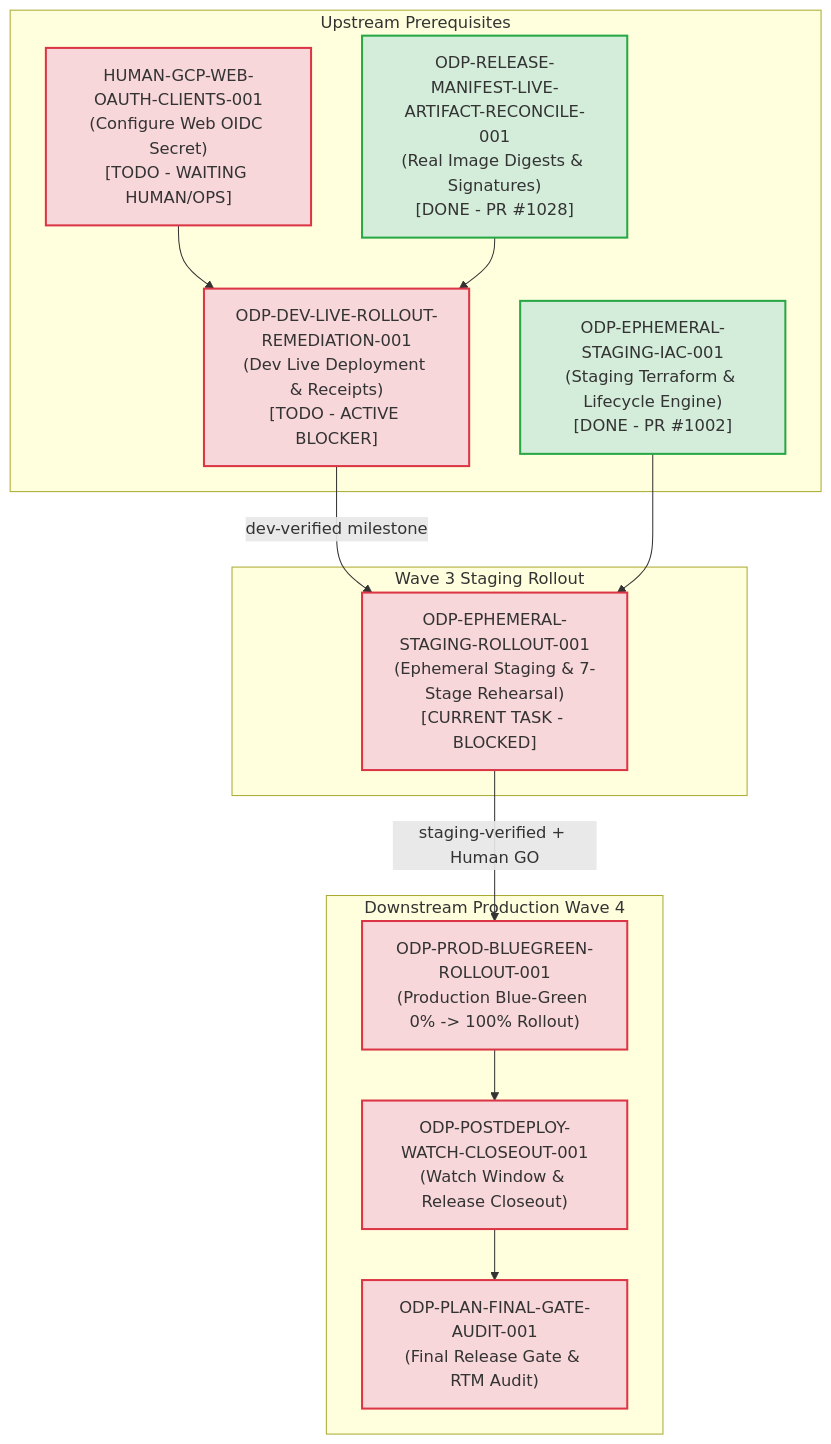
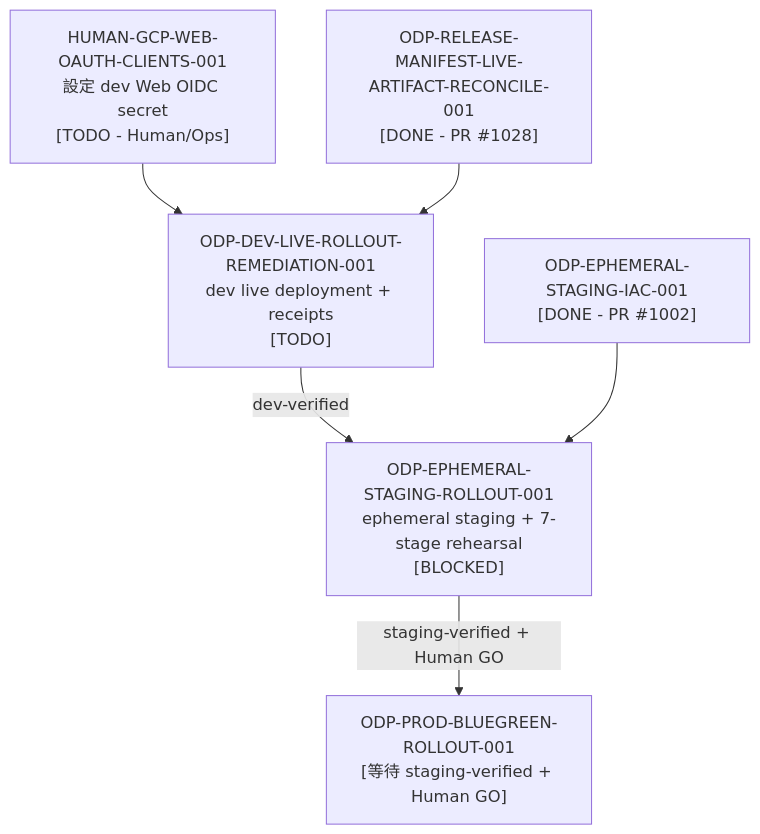
One commit to alfloop-dev/odayplus changed the diagram in support/sidecars/ODP-EPHEMERAL-STAGING-ROLLOUT-001/ODP-EPHEMERAL-STAGING-ROLLOUT-001-SIDECAR-BLOCKED-TASK-DIAGNOSTICS.md. Above: the diagram before and after it, drawn with Mermaid. The commit also changed other lines of this file, not shown here.

First line of the commit message:
ODP-EPHEMERAL-STAGING-ROLLOUT-001-SIDECAR-BLOCKED-TASK-DIAGNOSTICS: fix

````diff
--- a/support/sidecars/ODP-EPHEMERAL-STAGING-ROLLOUT-001/ODP-EPHEMERAL-STAGING-ROLLOUT-001-SIDECAR-BLOCKED-TASK-DIAGNOSTICS.md
+++ b/support/sidecars/ODP-EPHEMERAL-STAGING-ROLLOUT-001/ODP-EPHEMERAL-STAGING-ROLLOUT-001-SIDECAR-BLOCKED-TASK-DIAGNOSTICS.md
@@ -164,35 +68,15 @@
 ```mermaid
 flowchart TD
-    subgraph Prerequisites ["Upstream Prerequisites"]
-        OAUTH["HUMAN-GCP-WEB-OAUTH-CLIENTS-001<br/>(Configure Web OIDC Secret)<br/>[TODO - WAITING HUMAN/OPS]"]
-        IAC["ODP-EPHEMERAL-STAGING-IAC-001<br/>(Staging Terraform & Lifecycle Engine)<br/>[DONE - PR #1002]"]
-        MANIFEST["ODP-RELEASE-MANIFEST-LIVE-ARTIFACT-RECONCILE-001<br/>(Real Image Digests & Signatures)<br/>[DONE - PR #1028]"]
-        DEV_REMED["ODP-DEV-LIVE-ROLLOUT-REMEDIATION-001<br/>(Dev Live Deployment & Receipts)<br/>[TODO - ACTIVE BLOCKER]"]
-    end
+    OAUTH["HUMAN-GCP-WEB-OAUTH-CLIENTS-001<br/>設定 dev Web OIDC secret<br/>[TODO - Human/Ops]"]
+    IAC["ODP-EPHEMERAL-STAGING-IAC-001<br/>[DONE - PR #1002]"]
+    MANIFEST["ODP-RELEASE-MANIFEST-LIVE-ARTIFACT-RECONCILE-001<br/>[DONE - PR #1028]"]
+    DEV["ODP-DEV-LIVE-ROLLOUT-REMEDIATION-001<br/>dev live deployment + receipts<br/>[TODO]"]
+    STAGING["ODP-EPHEMERAL-STAGING-ROLLOUT-001<br/>ephemeral staging + 7-stage rehearsal<br/>[BLOCKED]"]
+    PROD["ODP-PROD-BLUEGREEN-ROLLOUT-001<br/>[等待 staging-verified + Human GO]"]
 
-    subgraph CurrentTask ["Wave 3 Staging Rollout"]
-        STAGING["ODP-EPHEMERAL-STAGING-ROLLOUT-001<br/>(Ephemeral Staging & 7-Stage Rehearsal)<br/>[CURRENT TASK - BLOCKED]"]
-    end
-
-    subgraph Downstream ["Downstream Production Wave 4"]
-        PROD["ODP-PROD-BLUEGREEN-ROLLOUT-001<br/>(Production Blue-Green 0% -> 100% Rollout)"]
-        CLOSEOUT["ODP-POSTDEPLOY-WATCH-CLOSEOUT-001<br/>(Watch Window & Release Closeout)"]
-        AUDIT["ODP-PLAN-FINAL-GATE-AUDIT-001<br/>(Final Release Gate & RTM Audit)"]
-    end
-
-    OAUTH --> DEV_REMED
-    MANIFEST --> DEV_REMED
-    DEV_REMED -->|dev-verified milestone| STAGING
+    OAUTH --> DEV
+    MANIFEST --> DEV
+    DEV -->|dev-verified| STAGING
     IAC --> STAGING
-
     STAGING -->|staging-verified + Human GO| PROD
-    PROD --> CLOSEOUT
-    CLOSEOUT --> AUDIT
-
-    classDef done fill:#d4edda,stroke:#28a745,stroke-width:2px;
-    classDef blocked fill:#f8d7da,stroke:#dc3545,stroke-width:2px;
-    classDef inprogress fill:#fff3cd,stroke:#ffc107,stroke-width:2px;
-
-    class IAC,MANIFEST done;
-    class OAUTH,DEV_REMED,STAGING,PROD,CLOSEOUT,AUDIT blocked;
 ```
````
